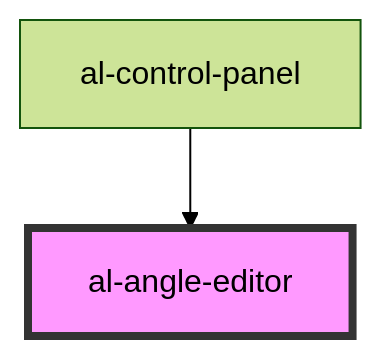
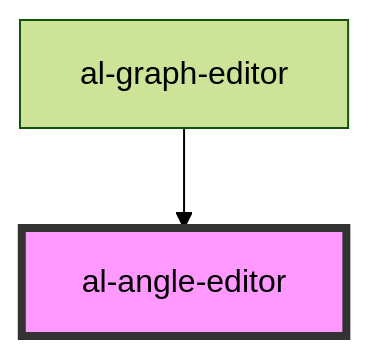
One commit to aleph-viewer/aleph changed the diagram in src/components/al-angle-editor/readme.md. Above: the diagram before and after it, drawn with Mermaid (forest theme). The commit also changed other lines of this file and 11 other files, not shown here.

Commit message:
added al-graph-editor

````diff
--- a/src/components/al-angle-editor/readme.md
+++ b/src/components/al-angle-editor/readme.md
@@ -30,5 +30,5 @@
 ```mermaid
 graph TD;
-  al-control-panel --> al-angle-editor
+  al-graph-editor --> al-angle-editor
   style al-angle-editor fill:#f9f,stroke:#333,stroke-width:4px
 ```
````
